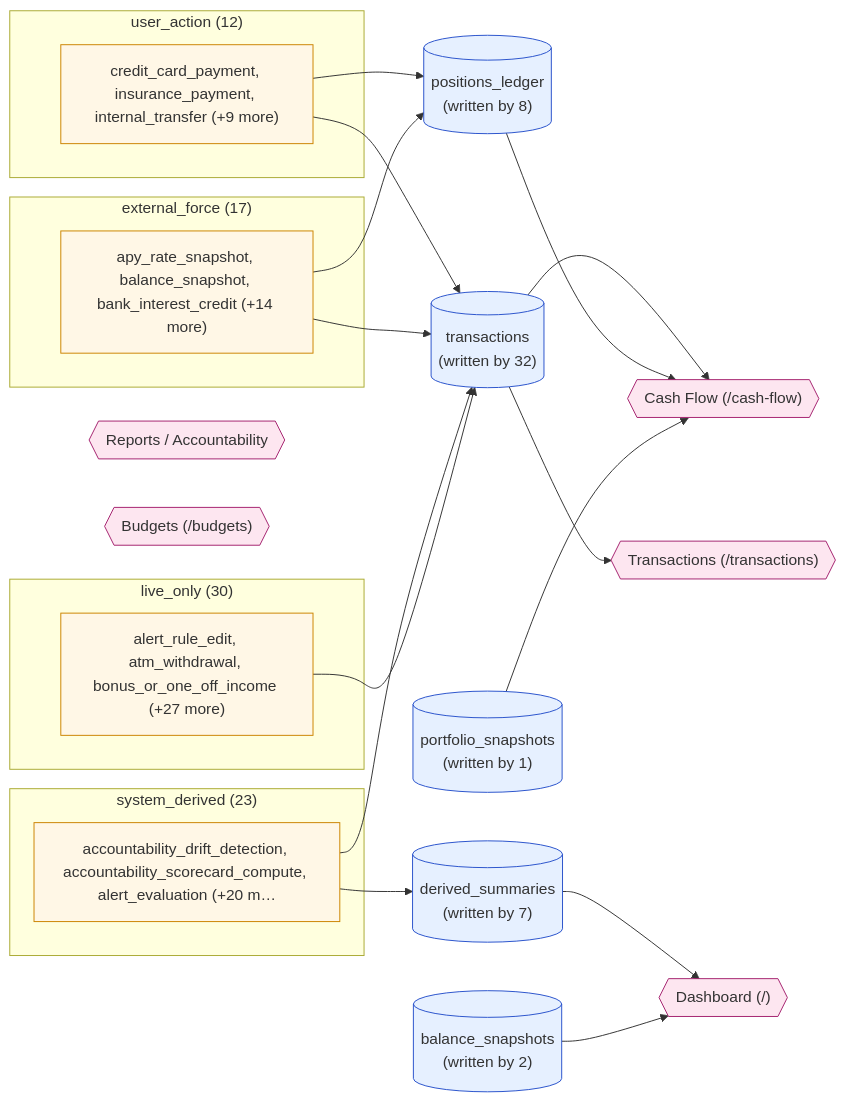
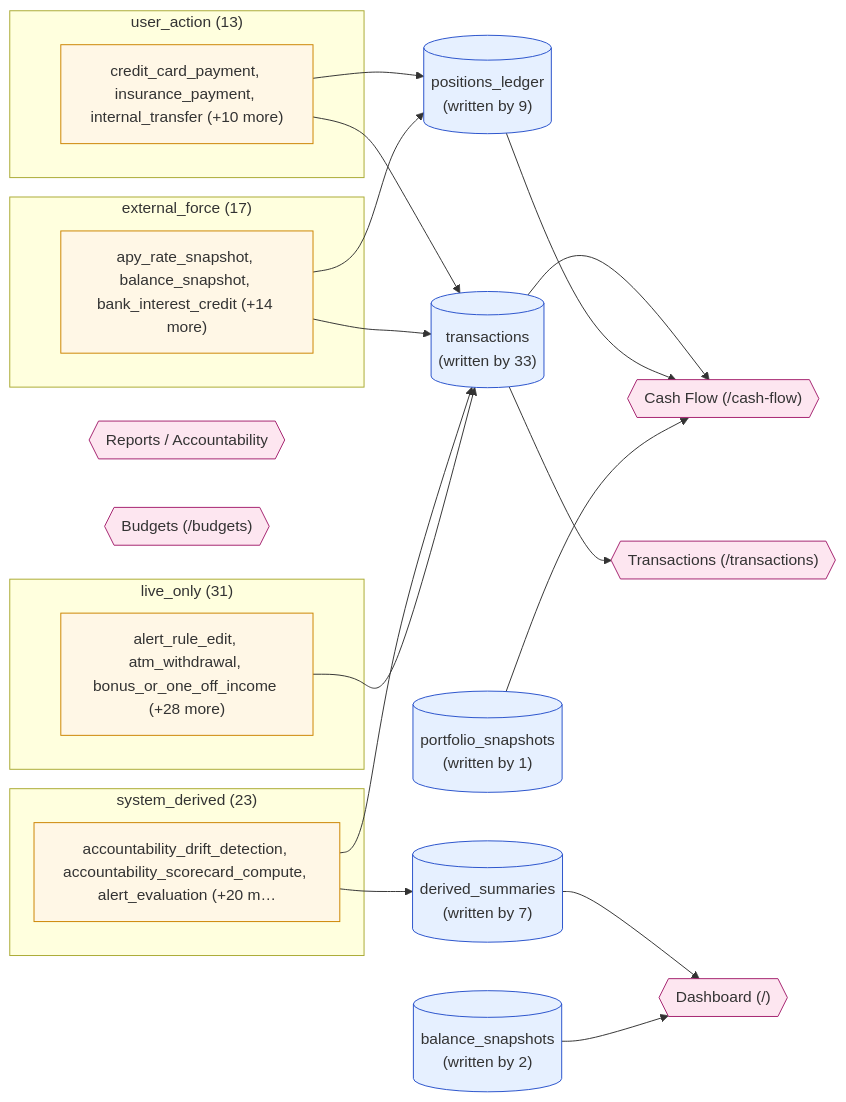
The diagram in docs/data-lineage/diagrams/_overview.mmd (wileyqe/Sentry-Finance), drawn with Mermaid before and after one commit. The commit also changed 36 other files, not shown here.

```diff
--- a/docs/data-lineage/diagrams/_overview.mmd
+++ b/docs/data-lineage/diagrams/_overview.mmd
@@ -1,46 +1,46 @@
 %% Auto-generated by build_diagrams.py — do not edit by hand.
 %% Sentry Finance — Data Lineage Overview (Phase 4)
 %% Four event classes → dominant write tables → top UI surfaces.
 graph LR
-  subgraph sg_cls_user_action["user_action  (12)"]
-    cls_user_action["credit_card_payment, insurance_payment, internal_transfer (+9 more)"]
+  subgraph sg_cls_user_action["user_action  (13)"]
+    cls_user_action["credit_card_payment, insurance_payment, internal_transfer (+10 more)"]
   end
   subgraph sg_cls_external_force["external_force  (17)"]
     cls_external_force["apy_rate_snapshot, balance_snapshot, bank_interest_credit (+14 more)"]
   end
   subgraph sg_cls_system_derived["system_derived  (23)"]
     cls_system_derived["accountability_drift_detection, accountability_scorecard_compute, alert_evaluation (+20 m…"]
   end
-  subgraph sg_cls_live_only["live_only  (30)"]
-    cls_live_only["alert_rule_edit, atm_withdrawal, bonus_or_one_off_income (+27 more)"]
+  subgraph sg_cls_live_only["live_only  (31)"]
+    cls_live_only["alert_rule_edit, atm_withdrawal, bonus_or_one_off_income (+28 more)"]
   end
-  tbl_transactions[("transactions<br/>(written by 32)")]
-  tbl_positions_ledger[("positions_ledger<br/>(written by 8)")]
+  tbl_transactions[("transactions<br/>(written by 33)")]
+  tbl_positions_ledger[("positions_ledger<br/>(written by 9)")]
   tbl_derived_summaries[("derived_summaries<br/>(written by 7)")]
   tbl_balance_snapshots[("balance_snapshots<br/>(written by 2)")]
   tbl_portfolio_snapshots[("portfolio_snapshots<br/>(written by 1)")]
   cls_user_action --> tbl_transactions
   cls_user_action --> tbl_positions_ledger
   cls_external_force --> tbl_positions_ledger
   cls_external_force --> tbl_transactions
   cls_system_derived --> tbl_derived_summaries
   cls_system_derived --> tbl_transactions
   cls_live_only --> tbl_transactions
   ui_Cash_Flow_cash_flow{{"Cash Flow (/cash-flow)"}}
   ui_Transactions_transactions{{"Transactions (/transactions)"}}
   ui_Dashboard{{"Dashboard (/)"}}
   ui_Reports_Accountability{{"Reports / Accountability"}}
   ui_Budgets_budgets{{"Budgets (/budgets)"}}
   tbl_transactions --> ui_Cash_Flow_cash_flow
   tbl_transactions --> ui_Transactions_transactions
   tbl_positions_ledger --> ui_Cash_Flow_cash_flow
   tbl_derived_summaries --> ui_Dashboard
   tbl_balance_snapshots --> ui_Dashboard
   tbl_portfolio_snapshots --> ui_Cash_Flow_cash_flow
 
   classDef cls fill:#fff7e6,stroke:#cc8400,stroke-width:1px;
   classDef table fill:#e6f0ff,stroke:#2952cc,stroke-width:1px;
   classDef ui fill:#fde6f0,stroke:#a5226f,stroke-width:1px;
   class cls_user_action,cls_external_force,cls_system_derived,cls_live_only cls;
   class tbl_transactions,tbl_positions_ledger,tbl_derived_summaries,tbl_balance_snapshots,tbl_portfolio_snapshots table;
   class ui_Cash_Flow_cash_flow,ui_Transactions_transactions,ui_Dashboard,ui_Reports_Accountability,ui_Budgets_budgets ui;
```
